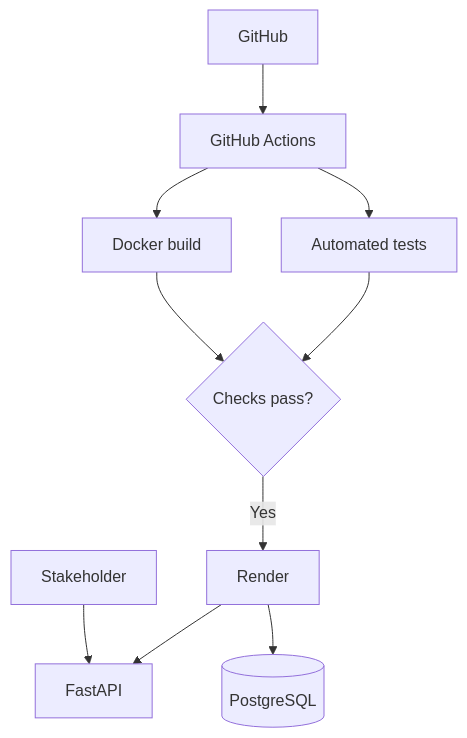
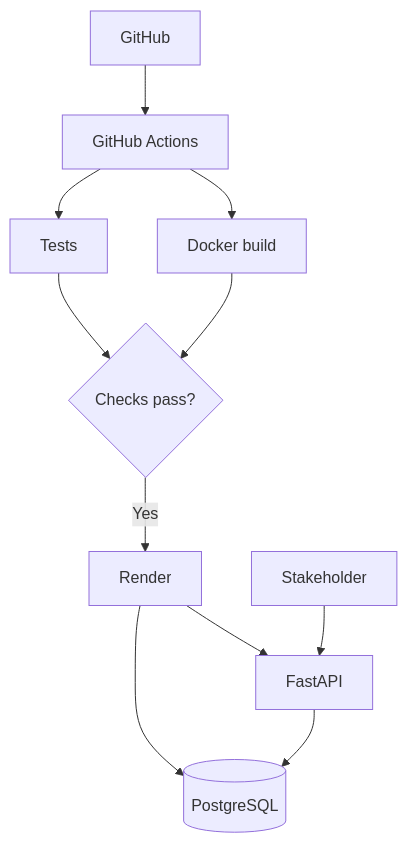
One commit to danyyen/customer_intelligence_system changed the second of 2 diagrams in README.md. Above: the diagram before and after it, drawn with Mermaid. The commit also changed other lines of this file, not shown here.

````diff
--- a/README.md
+++ b/README.md
@@ -110,12 +141,13 @@
-```mermaid
+~~~mermaid
 flowchart TB
     Dev[GitHub] --> CI[GitHub Actions]
-    CI --> Tests[Automated tests]
+    CI --> Tests[Tests]
     CI --> Build[Docker build]
     Tests --> Gate{Checks pass?}
     Build --> Gate
     Gate -->|Yes| Render[Render]
     Render --> API[FastAPI]
     Render --> DB[(PostgreSQL)]
+    API --> DB
     User[Stakeholder] --> API
-```
+~~~
````
